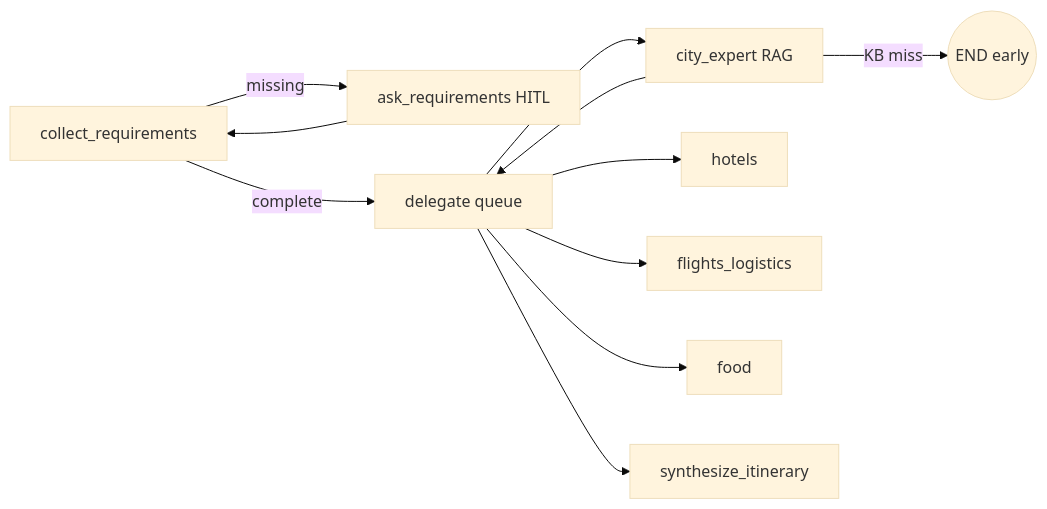
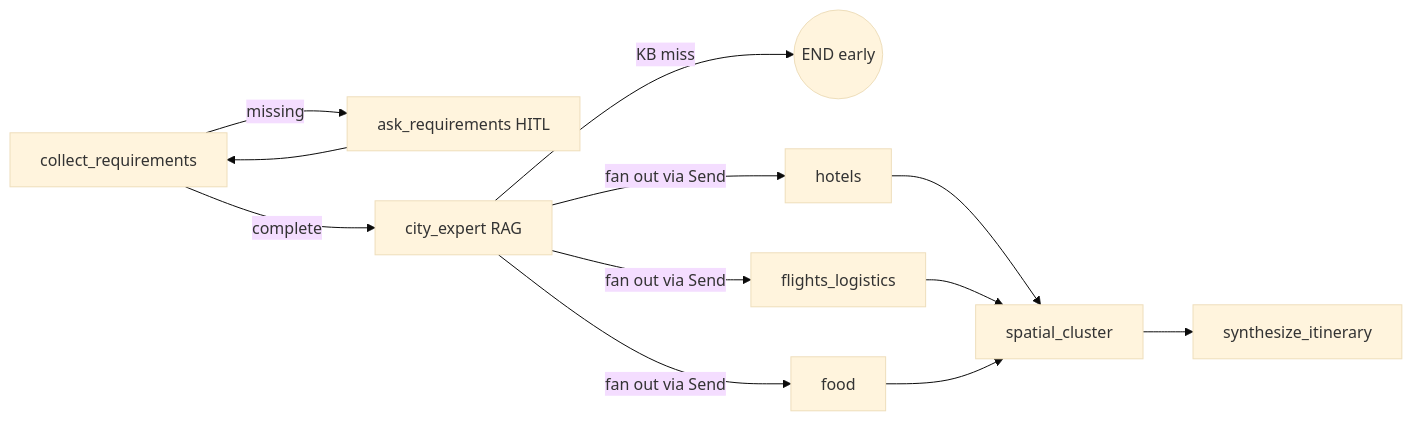
Before and after one commit to eng-mostafa-alrahal/autonomous-travel-guide: the second of 4 diagrams in docs/onboarding.md, drawn with Mermaid (base theme). The commit also changed other lines of this file and 25 other files, not shown here.

````diff
--- a/docs/onboarding.md
+++ b/docs/onboarding.md
@@ -293,13 +293,14 @@
 ```mermaid
 flowchart LR
     Collect[collect_requirements] -->|missing| Ask[ask_requirements HITL]
     Ask --> Collect
-    Collect -->|complete| Del[delegate queue]
-    Del --> City[city_expert RAG]
-    Del --> Hotels[hotels]
-    Del --> Flights[flights_logistics]
-    Del --> Food[food]
+    Collect -->|complete| City[city_expert RAG]
     City -->|KB miss| EndEarly((END early))
-    City --> Del
-    Del --> Synth[synthesize_itinerary]
+    City -->|fan out via Send| Hotels[hotels]
+    City -->|fan out via Send| Flights[flights_logistics]
+    City -->|fan out via Send| Food[food]
+    Hotels --> Spatial[spatial_cluster]
+    Flights --> Spatial
+    Food --> Spatial
+    Spatial --> Synth[synthesize_itinerary]
 ```
````
